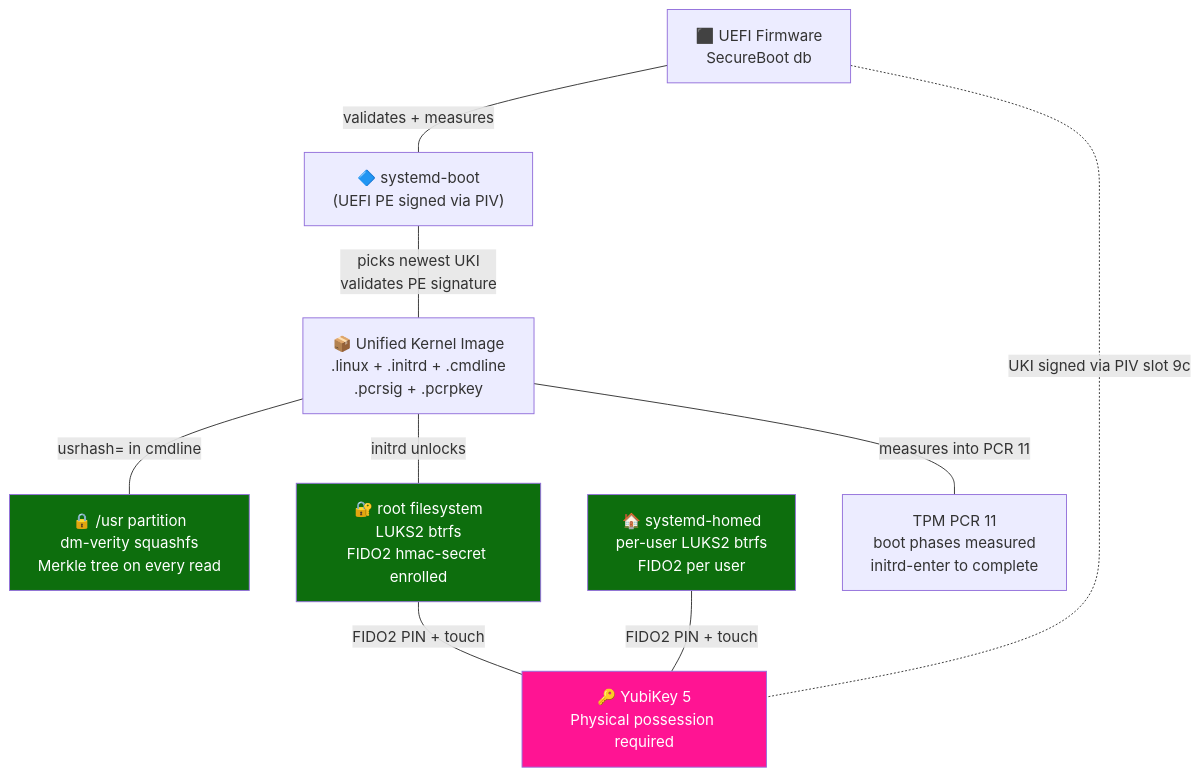
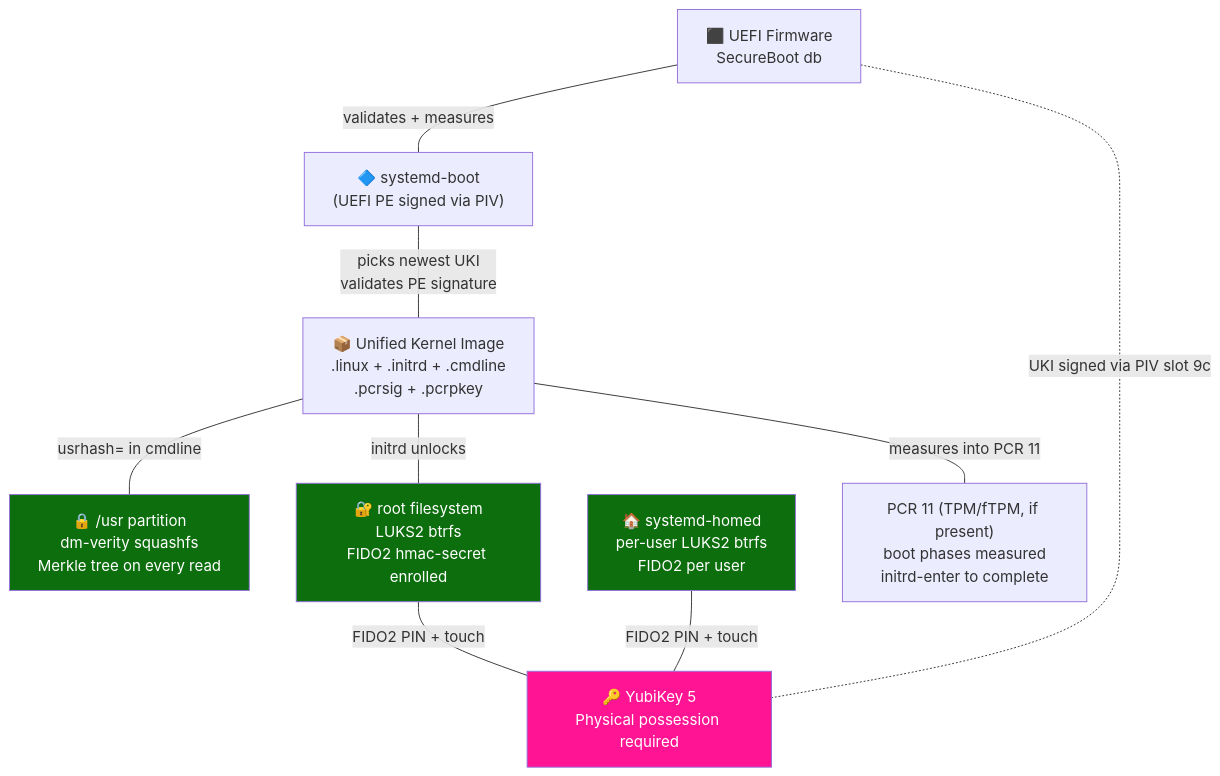
One commit to corning-croak-cable/yubiOS changed the first of 8 diagrams in ARCHITECTURE.md. Above: the diagram before and after it, drawn with Mermaid. The commit also changed other lines of this file, not shown here.

Commit message:
docs: sync build pipeline to Docker Hub publish target, PINNED.md digests, erofs, PCR node scoping

````diff
--- a/ARCHITECTURE.md
+++ b/ARCHITECTURE.md
@@ -16,25 +16,25 @@
 ```mermaid
 graph TD
     FW["⬛ UEFI Firmware\nSecureBoot db"]
     SDB["🔷 systemd-boot\n(UEFI PE signed via PIV)"]
     UKI["📦 Unified Kernel Image\n.linux + .initrd + .cmdline\n.pcrsig + .pcrpkey"]
     VERITY["🔒 /usr partition\ndm-verity squashfs\nMerkle tree on every read"]
     LUKS["🔐 root filesystem\nLUKS2 btrfs\nFIDO2 hmac-secret enrolled"]
     HOMED["🏠 systemd-homed\nper-user LUKS2 btrfs\nFIDO2 per user"]
     YK["🔑 YubiKey 5\nPhysical possession required"]
-    PCR["TPM PCR 11\nboot phases measured\ninitrd-enter to complete"]
+    PCR["PCR 11 (TPM/fTPM, if present)\nboot phases measured\ninitrd-enter to complete"]
 
     FW ---|validates + measures| SDB
     SDB ---|picks newest UKI\nvalidates PE signature| UKI
     UKI ---|measures into PCR 11| PCR
     UKI ---|usrhash= in cmdline| VERITY
     UKI ---|initrd unlocks| LUKS
     LUKS ---|FIDO2 PIN + touch| YK
     HOMED ---|FIDO2 PIN + touch| YK
     FW -.-|UKI signed via PIV slot 9c| YK
 
     style YK fill:#ff1493,color:#fff
     style VERITY fill:#0d6e0d,color:#fff
     style LUKS fill:#0d6e0d,color:#fff
     style HOMED fill:#0d6e0d,color:#fff
 ```
````
